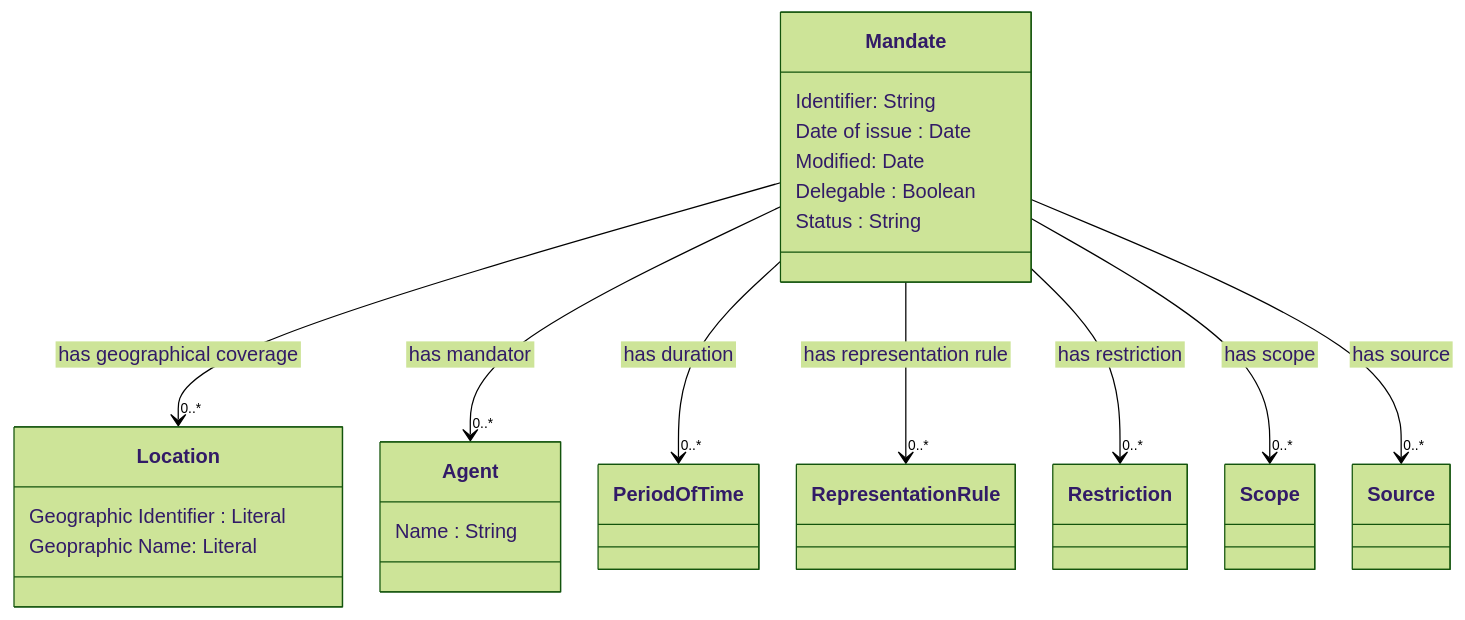
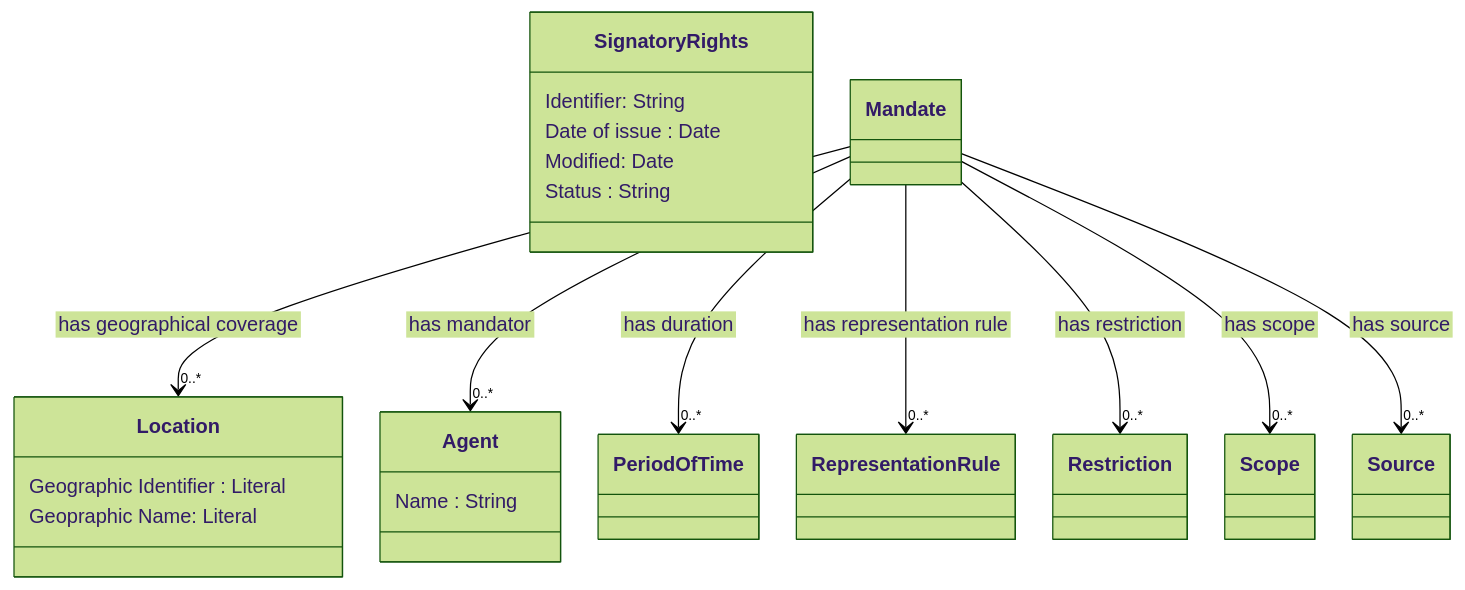
Before and after one commit to nordicsmartgovernment/Nordic-Signatory-Rights-Model: the diagram in README.md, drawn with Mermaid (forest theme).

````diff
--- a/README.md
+++ b/README.md
@@ -22,31 +22,30 @@
 ```mermaid
  %%{init:{'flowchart':{'nodeSpacing': 30, 'rankSpacing': 95, 'htmlLabels': false}}}%%
     classDiagram
        
-        class Mandate {
+        class Signatory Rights {
             Identifier: String
             Date of issue : Date
             Modified: Date
-            Delegable : Boolean
             Status : String
         }
 
         Mandate --> "0..*" Location : has geographical coverage
         Mandate --> "0..*" Agent : has mandator
         Mandate --> "0..*" Period Of Time : has duration
         Mandate --> "0..*" Representation Rule : has representation rule
         Mandate --> "0..*" Restriction : has restriction
         Mandate --> "0..*" Scope : has scope
         Mandate --> "0..*" Source : has source
 
         class Location {
             Geographic Identifier : Literal
             Geopraphic Name: Literal
         }
 
 
         class Agent {
             Name : String
         }
 
 ```
````
